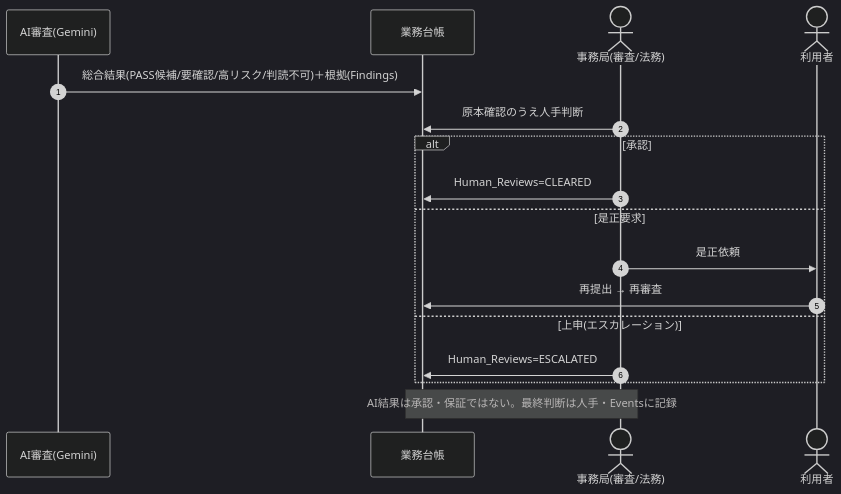
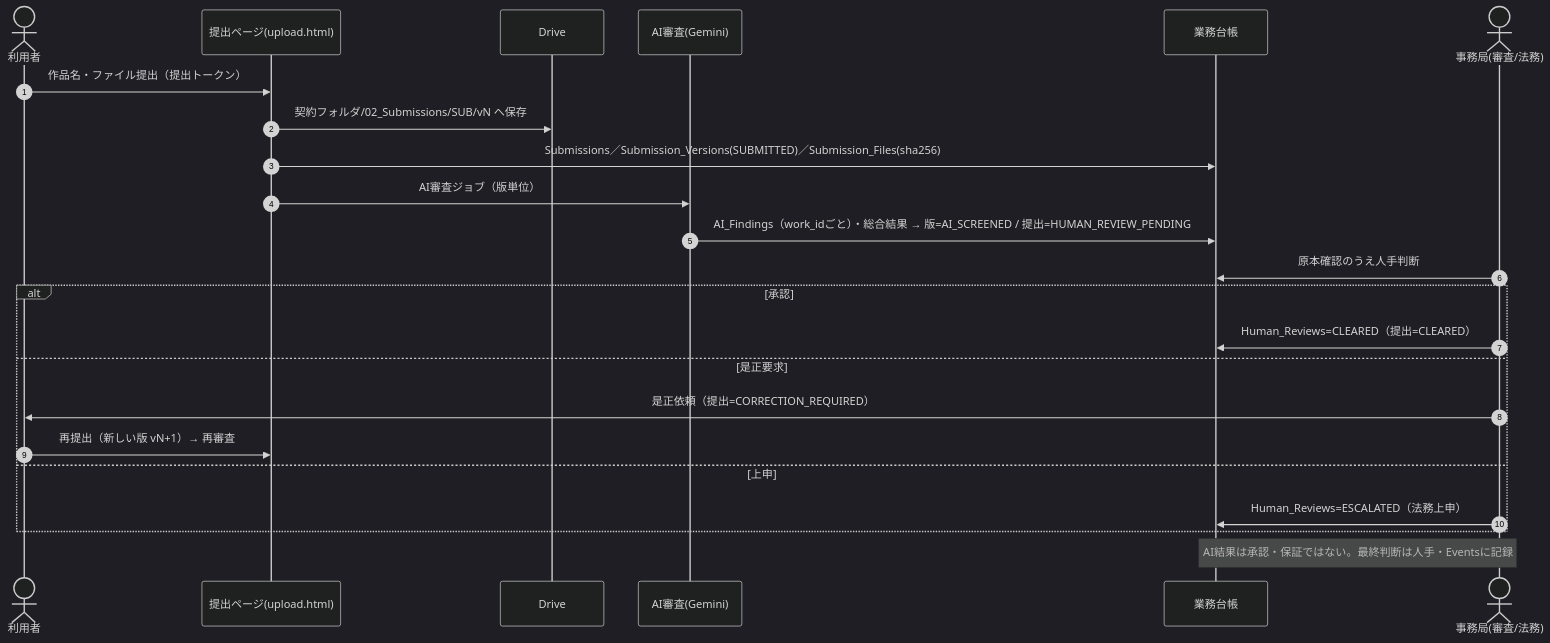
One commit to tatsuyakuramchi/SPLL changed the fourth of 8 diagrams in docs/SPLL_業務フロー確認資料_v0.1.md. Above: the diagram before and after it, drawn with Mermaid (dark theme). The commit also changed other lines of this file and 3 other files, not shown here.

````diff
--- a/docs/SPLL_業務フロー確認資料_v0.1.md
+++ b/docs/SPLL_業務フロー確認資料_v0.1.md
@@ -195,19 +151,25 @@
 ```mermaid
 sequenceDiagram
   autonumber
+  actor U as 利用者
+  participant UP as 提出ページ(upload.html)
+  participant DR as Drive
   participant AI as AI審査(Gemini)
   participant DB as 業務台帳
   actor OF as 事務局(審査/法務)
-  actor U as 利用者
-  AI->>DB: 総合結果(PASS候補/要確認/高リスク/判読不可)＋根拠(Findings)
+  U->>UP: 作品名・ファイル提出（提出トークン）
+  UP->>DR: 契約フォルダ/02_Submissions/SUB/vN へ保存
+  UP->>DB: Submissions／Submission_Versions(SUBMITTED)／Submission_Files(sha256)
+  UP->>AI: AI審査ジョブ（版単位）
+  AI->>DB: AI_Findings（work_idごと）・総合結果 → 版=AI_SCREENED / 提出=HUMAN_REVIEW_PENDING
   OF->>DB: 原本確認のうえ人手判断
   alt 承認
-    OF->>DB: Human_Reviews=CLEARED
+    OF->>DB: Human_Reviews=CLEARED（提出=CLEARED）
   else 是正要求
-    OF->>U: 是正依頼
-    U->>DB: 再提出 → 再審査
-  else 上申(エスカレーション)
-    OF->>DB: Human_Reviews=ESCALATED
+    OF->>U: 是正依頼（提出=CORRECTION_REQUIRED）
+    U->>UP: 再提出（新しい版 vN+1）→ 再審査
+  else 上申
+    OF->>DB: Human_Reviews=ESCALATED（法務上申）
   end
   Note over OF,DB: AI結果は承認・保証ではない。最終判断は人手・Eventsに記録
 ```
````
